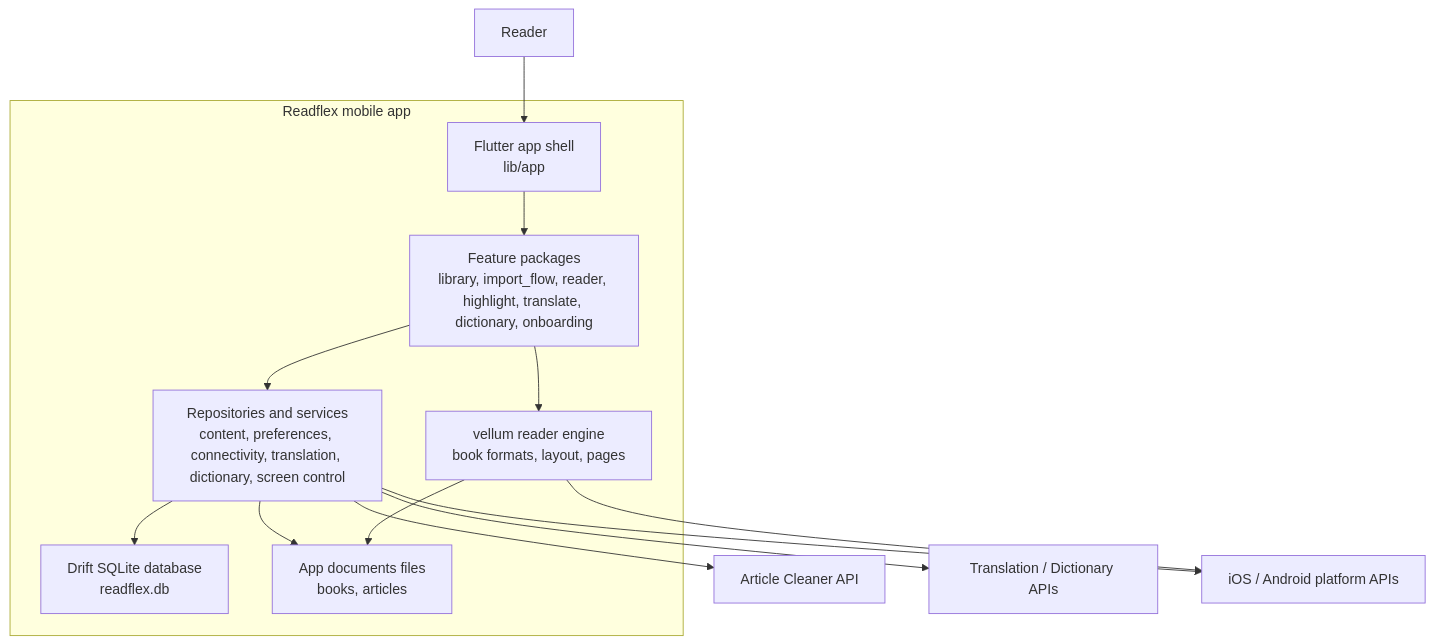
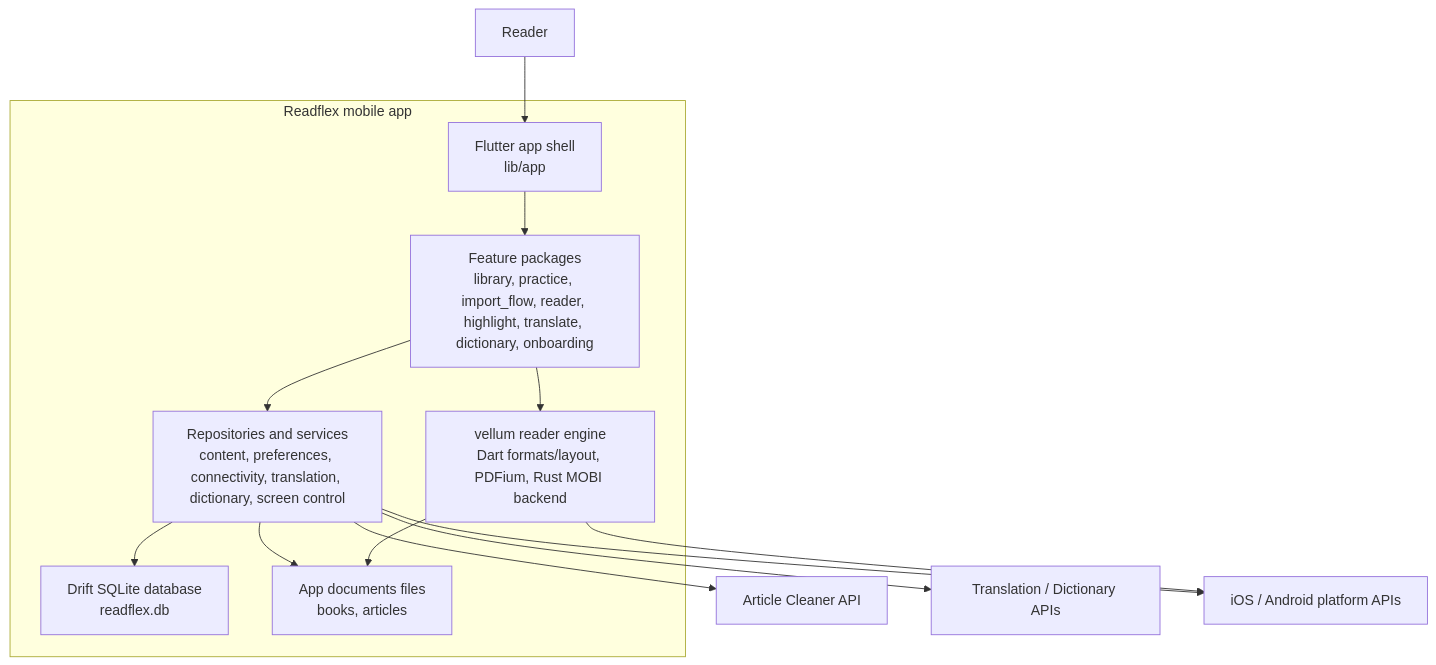
The second of 8 diagrams in C4_MODEL.md (abra/readflex), drawn with Mermaid before and after one commit. The commit also changed other lines of this file and 63 other files, not shown here.

````diff
--- a/C4_MODEL.md
+++ b/C4_MODEL.md
@@ -57,29 +58,29 @@
 ```mermaid
 flowchart TB
   user["Reader"]
 
   subgraph mobile["Readflex mobile app"]
     appShell["Flutter app shell\nlib/app"]
-    features["Feature packages\nlibrary, import_flow, reader, highlight, translate, dictionary, onboarding"]
+    features["Feature packages\nlibrary, practice, import_flow, reader, highlight, translate, dictionary, onboarding"]
     repos["Repositories and services\ncontent, preferences, connectivity, translation, dictionary, screen control"]
     db["Drift SQLite database\nreadflex.db"]
     files["App documents files\nbooks, articles"]
-    engine["vellum reader engine\nbook formats, layout, pages"]
+    engine["vellum reader engine\nDart formats/layout, PDFium, Rust MOBI backend"]
   end
 
   cleaner["Article Cleaner API"]
   remoteApis["Translation / Dictionary APIs"]
   platform["iOS / Android platform APIs"]
 
   user --> appShell
   appShell --> features
   features --> repos
   repos --> db
   repos --> files
   features --> engine
   engine --> files
   repos --> cleaner
   repos --> remoteApis
   repos --> platform
   engine --> platform
 ```
````
